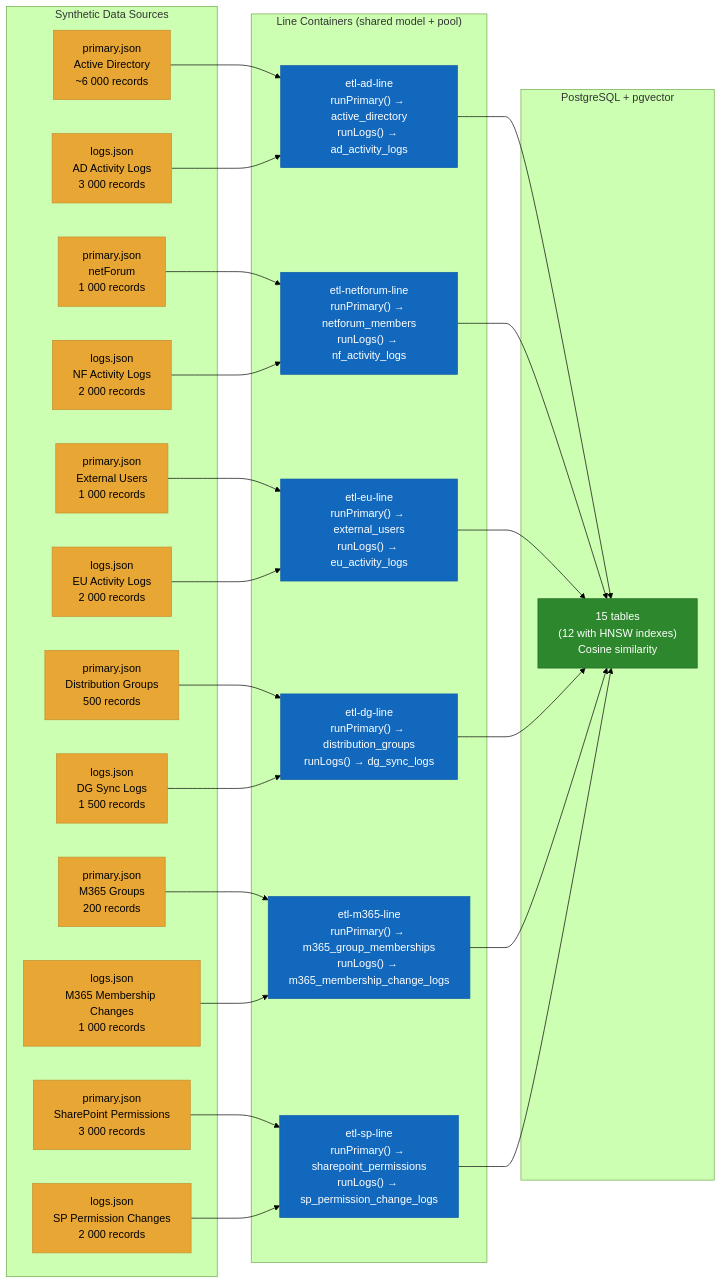
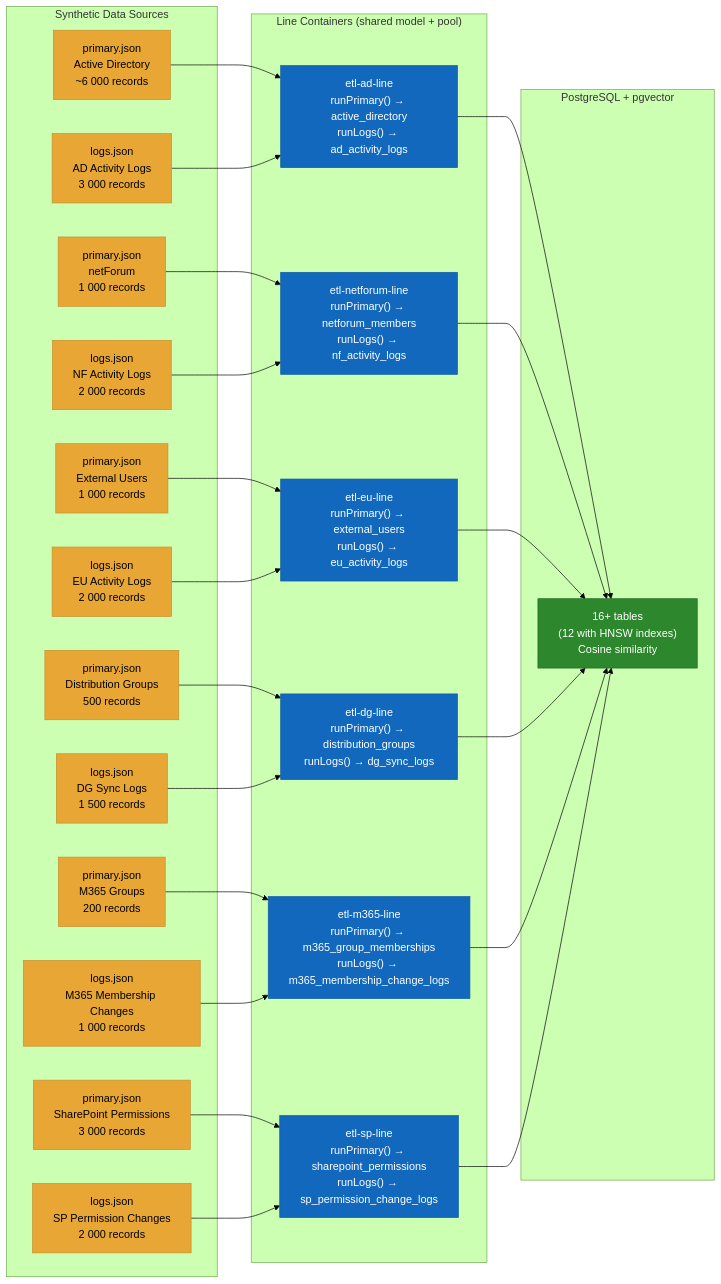
The diagram in docs/diagrams/etl-data-flow.md (sjackshaw/user-search), drawn with Mermaid (forest theme) before and after one commit. The commit also changed 17 other files, not shown here.

````diff
--- a/docs/diagrams/etl-data-flow.md
+++ b/docs/diagrams/etl-data-flow.md
@@ -3,41 +3,41 @@
 ```mermaid
 flowchart LR
     classDef source fill:#E8A735,stroke:#C48E2C,color:#000
     classDef process fill:#1168BD,stroke:#0E5BA7,color:#fff
     classDef store fill:#2D882D,stroke:#226622,color:#fff
 
     subgraph Sources [" Synthetic Data Sources "]
         P1["primary.json\nActive Directory\n~6 000 records"]:::source
         P2["primary.json\nnetForum\n1 000 records"]:::source
         P3["primary.json\nExternal Users\n1 000 records"]:::source
         P4["primary.json\nDistribution Groups\n500 records"]:::source
         P5["primary.json\nM365 Groups\n200 records"]:::source
         P6["primary.json\nSharePoint Permissions\n3 000 records"]:::source
         L1["logs.json\nAD Activity Logs\n3 000 records"]:::source
         L2["logs.json\nNF Activity Logs\n2 000 records"]:::source
         L3["logs.json\nEU Activity Logs\n2 000 records"]:::source
         L4["logs.json\nDG Sync Logs\n1 500 records"]:::source
         L5["logs.json\nM365 Membership Changes\n1 000 records"]:::source
         L6["logs.json\nSP Permission Changes\n2 000 records"]:::source
     end
 
     subgraph Lines [" Line Containers (shared model + pool) "]
         C1["etl-ad-line\nrunPrimary() → active_directory\nrunLogs() → ad_activity_logs"]:::process
         C2["etl-netforum-line\nrunPrimary() → netforum_members\nrunLogs() → nf_activity_logs"]:::process
         C3["etl-eu-line\nrunPrimary() → external_users\nrunLogs() → eu_activity_logs"]:::process
         C4["etl-dg-line\nrunPrimary() → distribution_groups\nrunLogs() → dg_sync_logs"]:::process
         C5["etl-m365-line\nrunPrimary() → m365_group_memberships\nrunLogs() → m365_membership_change_logs"]:::process
         C6["etl-sp-line\nrunPrimary() → sharepoint_permissions\nrunLogs() → sp_permission_change_logs"]:::process
     end
 
     subgraph Database [" PostgreSQL + pgvector "]
-        DB["15 tables\n(12 with HNSW indexes)\nCosine similarity"]:::store
+        DB["16+ tables\n(12 with HNSW indexes)\nCosine similarity"]:::store
     end
 
     P1 & L1 --> C1 --> DB
     P2 & L2 --> C2 --> DB
     P3 & L3 --> C3 --> DB
     P4 & L4 --> C4 --> DB
     P5 & L5 --> C5 --> DB
     P6 & L6 --> C6 --> DB
 ```
````
